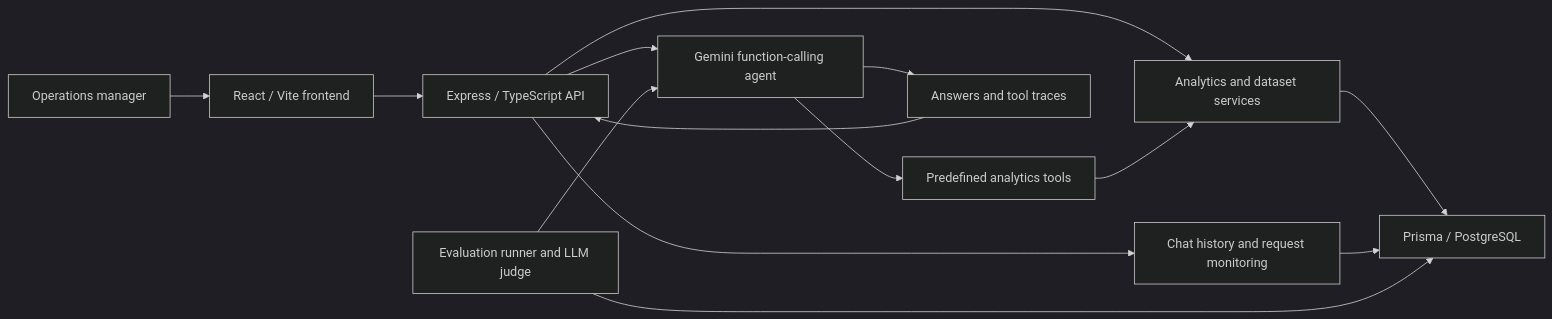
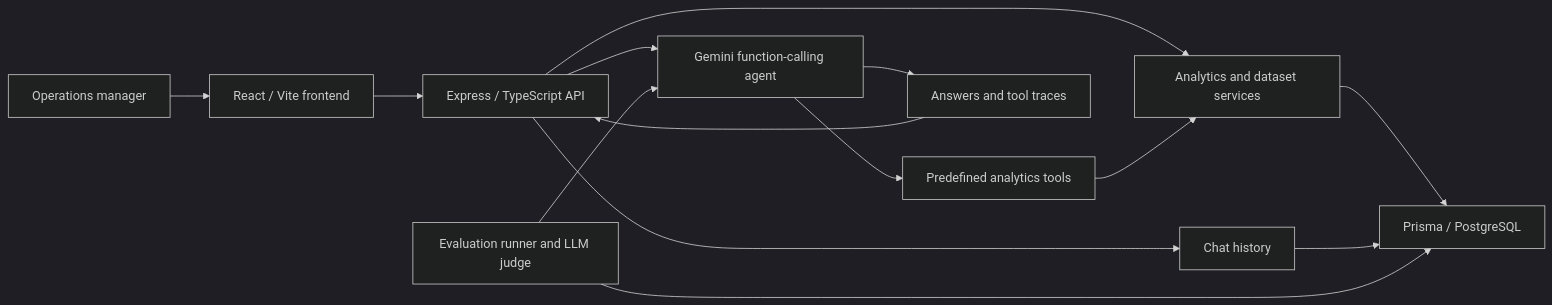
One commit to kushal-24/OpsCopilot changed the diagram in README.md. Above: the diagram before and after it, drawn with Mermaid (dark theme). The commit also changed other lines of this file and 6 other files, not shown here.

````diff
--- a/README.md
+++ b/README.md
@@ -32,16 +31,16 @@
 ```mermaid
 flowchart LR
     Manager[Operations manager] --> UI[React / Vite frontend]
     UI --> API[Express / TypeScript API]
     API --> Data[Analytics and dataset services]
     Data --> Prisma[Prisma / PostgreSQL]
     API --> Agent[Gemini function-calling agent]
     Agent --> Tools[Predefined analytics tools]
     Tools --> Data
     Agent --> Evidence[Answers and tool traces]
     Evidence --> API
-    API --> Logs[Chat history and request monitoring]
+    API --> Logs[Chat history]
     Logs --> Prisma
     Eval[Evaluation runner and LLM judge] --> Agent
     Eval --> Prisma
 ```
````
